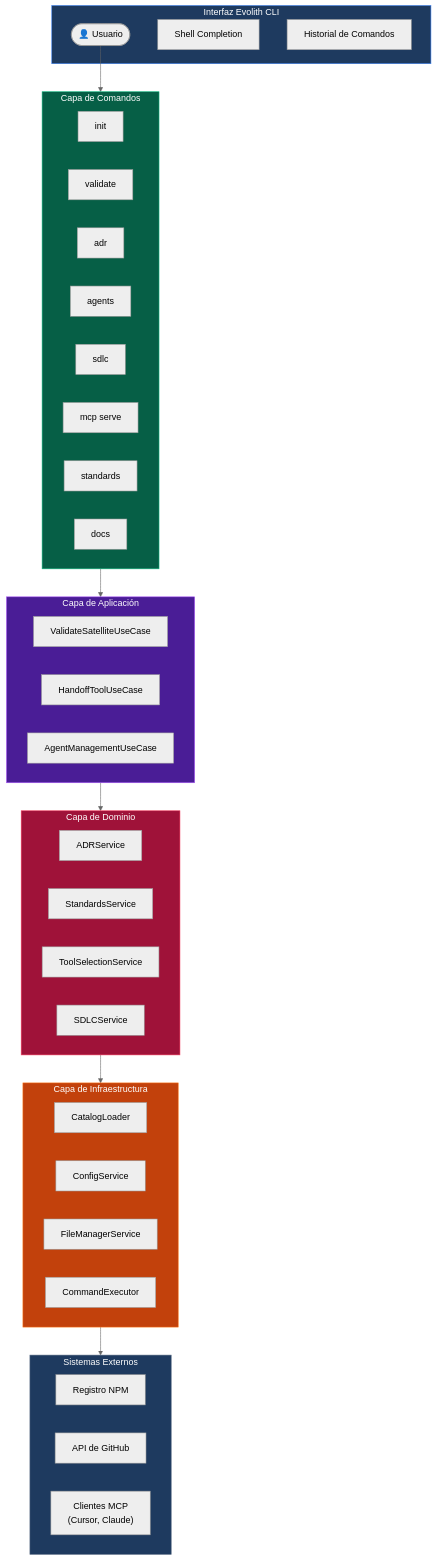
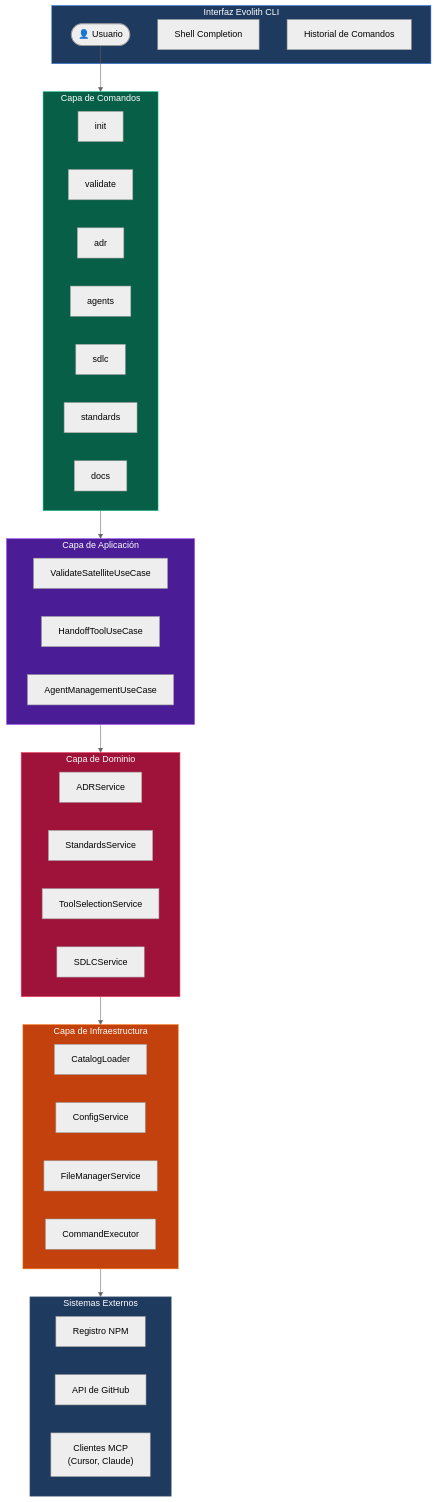
Before and after one commit to beyondnetcode/evolith_arch32: the first of 14 diagrams in src/sdk/cli/ARCHITECTURE.es.md, drawn with Mermaid (neutral theme). The commit also changed 7 other files, not shown here.

````diff
--- a/src/sdk/cli/ARCHITECTURE.es.md
+++ b/src/sdk/cli/ARCHITECTURE.es.md
@@ -26,58 +26,57 @@
 ```mermaid
 graph TB
     subgraph CLI["Interfaz Evolith CLI"]
         CLI_User(["👤 Usuario"])
         CLI_Shell["Shell Completion"]
         CLI_History["Historial de Comandos"]
     end
 
     subgraph Commands["Capa de Comandos"]
         CMD_Init["init"]
         CMD_Validate["validate"]
         CMD_ADR["adr"]
         CMD_Agents["agents"]
         CMD_SDLC["sdlc"]
-        CMD_MCP["mcp serve"]
         CMD_Standards["standards"]
         CMD_Docs["docs"]
     end
 
     subgraph Application["Capa de Aplicación"]
         UC_Validate["ValidateSatelliteUseCase"]
         UC_Handoff["HandoffToolUseCase"]
         UC_AgentMgmt["AgentManagementUseCase"]
     end
 
     subgraph Domain["Capa de Dominio"]
         DOM_ADR["ADRService"]
         DOM_Standards["StandardsService"]
         DOM_ToolSel["ToolSelectionService"]
         DOM_SDLC["SDLCService"]
     end
 
     subgraph Infrastructure["Capa de Infraestructura"]
         INF_Catalog["CatalogLoader"]
         INF_Config["ConfigService"]
         INF_FileMgr["FileManagerService"]
         INF_CLI["CommandExecutor"]
     end
 
     subgraph External["Sistemas Externos"]
         EXT_NPM["Registro NPM"]
         EXT_GitHub["API de GitHub"]
         EXT_MCP["Clientes MCP\n(Cursor, Claude)"]
     end
 
     CLI_User --> Commands
     Commands --> Application
     Application --> Domain
     Domain --> Infrastructure
     Infrastructure --> External
 
     style CLI fill:#1e3a5f,stroke:#3b82f6,color:#fff
     style Commands fill:#065f46,stroke:#10b981,color:#fff
     style Application fill:#4a1d96,stroke:#a855f7,color:#fff
     style Domain fill:#9f1239,stroke:#f43f5e,color:#fff
     style Infrastructure fill:#c2410c,stroke:#f97316,color:#fff
     style External fill:#1e3a5f,stroke:#64748b,color:#fff
 ```
````
